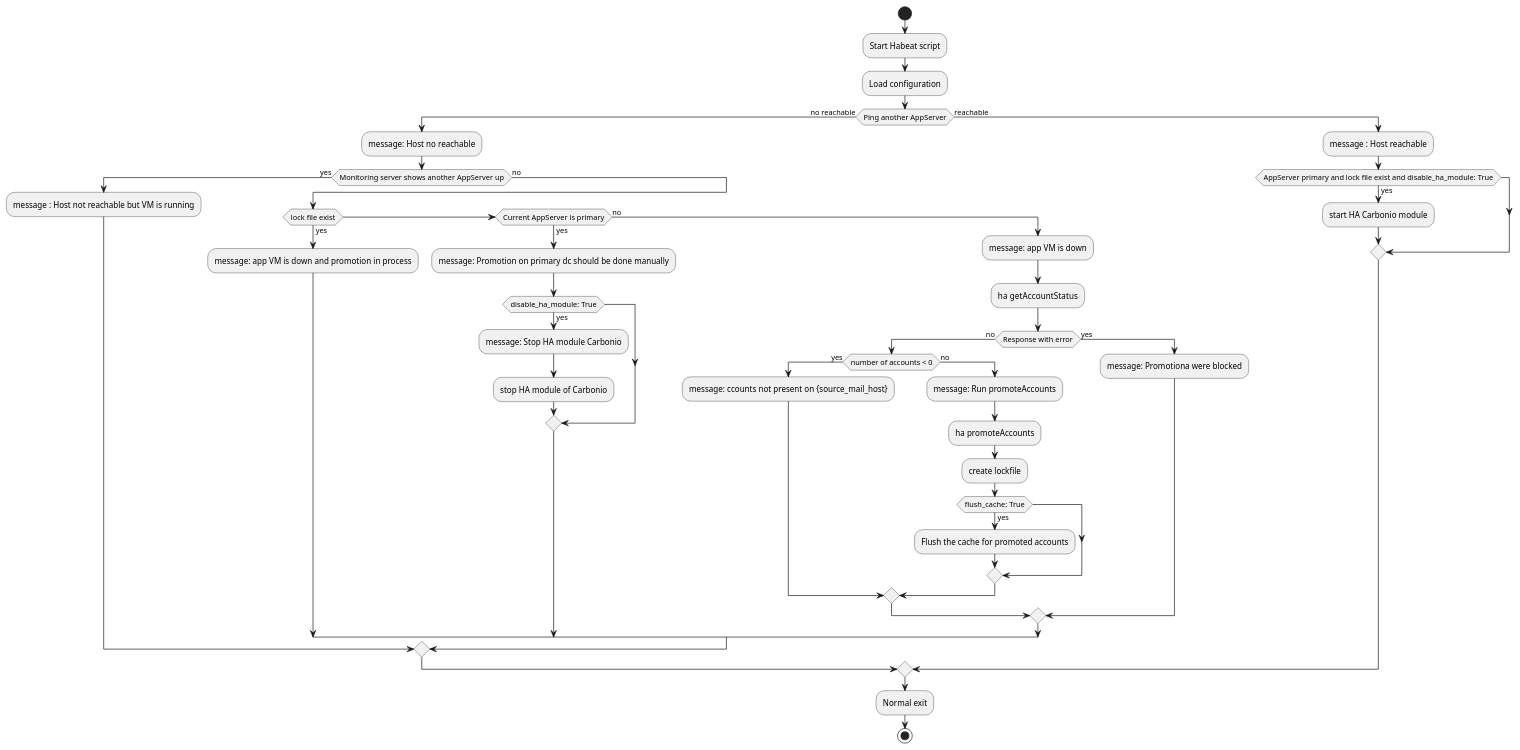
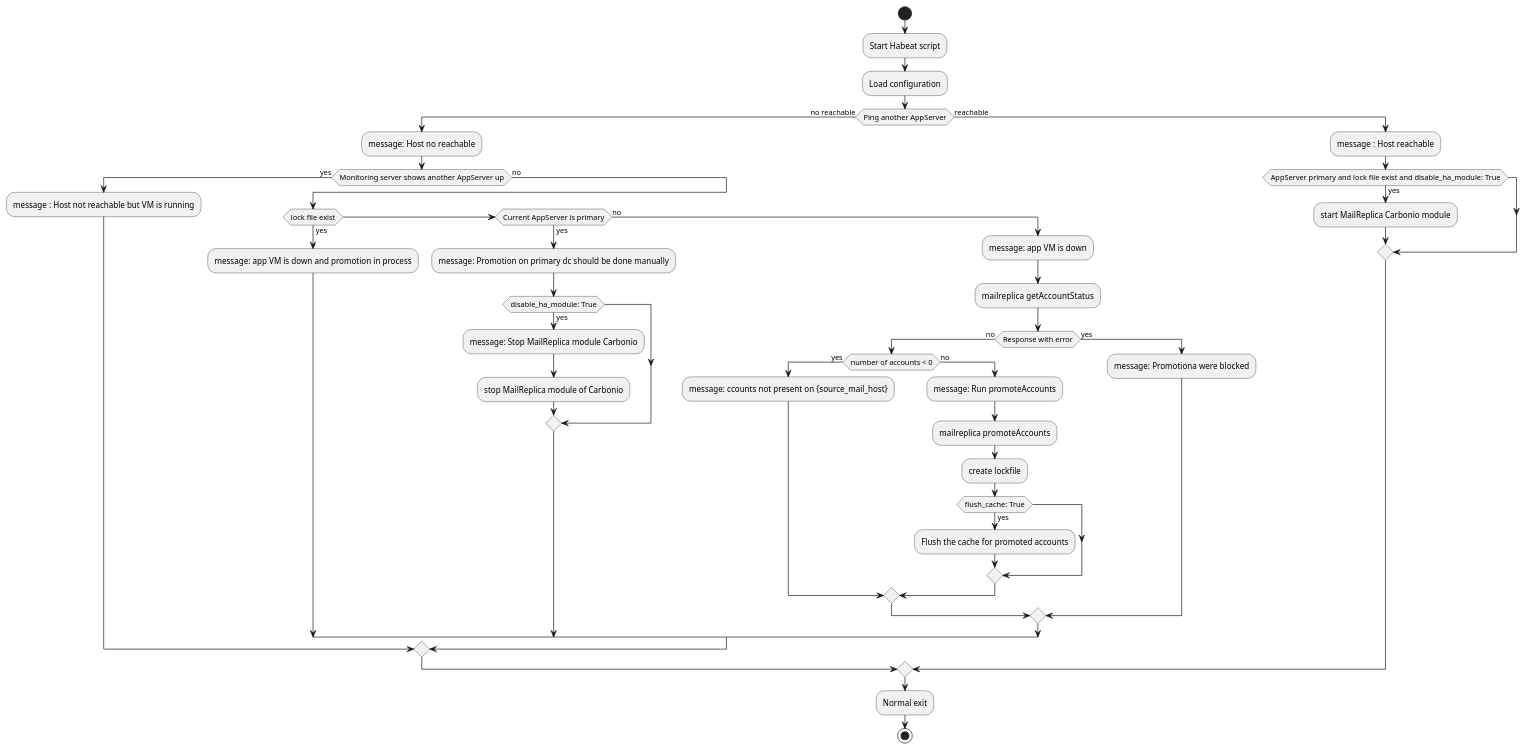
The diagram in diagram/appserver.puml (zextras/sps-habeat), drawn with PlantUML before and after one commit. The commit also changed 3 other files, not shown here.

Commit message:
chore: rename ha module to mailreplica

```diff
--- a/diagram/appserver.puml
+++ b/diagram/appserver.puml
@@ -1,45 +1,45 @@
 @startuml
 start
 :Start Habeat script;
 :Load configuration;
 if (Ping another AppServer) then (no reachable)
   :message: Host no reachable;
   if (Monitoring server shows another AppServer up) then (yes)
     :message : Host not reachable but VM is running;
   else (no)
     if (lock file exist) then (yes)
       :message: app VM is down and promotion in process;
     elseif (Current AppServer is primary) then (yes)
       :message: Promotion on primary dc should be done manually;
       if (disable_ha_module: True) then (yes)
-        :message: Stop HA module Carbonio;
-        :stop HA module of Carbonio;
+        :message: Stop MailReplica module Carbonio;
+        :stop MailReplica module of Carbonio;
       endif
     else (no)
       :message: app VM is down;
-      :ha  getAccountStatus;
+      :mailreplica  getAccountStatus;
       if (Response with error) then (no)
         if (number of accounts < 0) then (yes)
           :message: ccounts not present on {source_mail_host};
         else (no)
           :message: Run promoteAccounts;
-          :ha promoteAccounts;
+          :mailreplica promoteAccounts;
           :create lockfile;
           if (flush_cache: True) then (yes)
             :Flush the cache for promoted accounts;
           endif
         endif
       else (yes)
         :message: Promotiona were blocked;
       endif
     endif
   endif
 else (reachable)
   :message : Host reachable;
   if (AppServer primary and lock file exist and disable_ha_module: True) then (yes)
-    :start HA Carbonio module;
+    :start MailReplica Carbonio module;
   endif
 endif
   :Normal exit;
   stop
 @enduml
```
